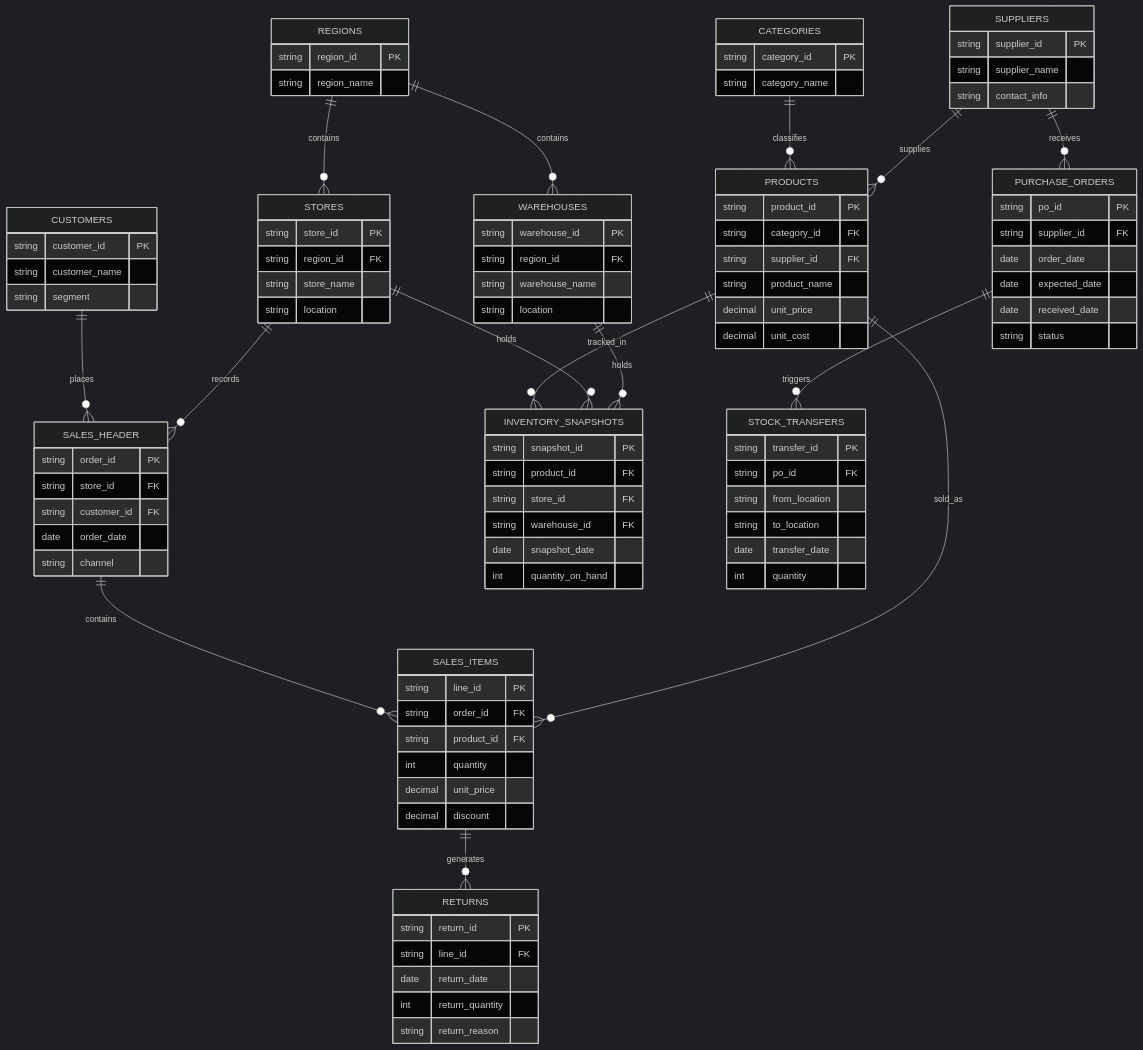
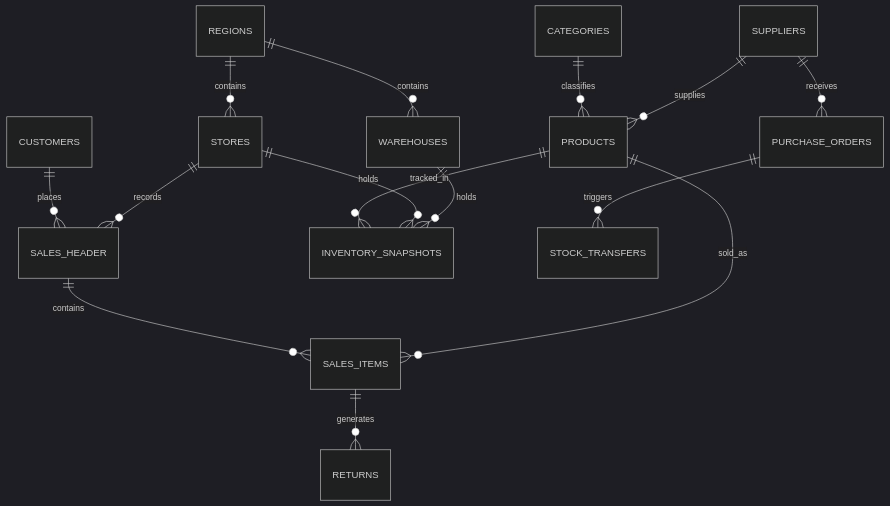
The diagram in README.md (yashodi2000/RetailIQ-Analytics-Engine), drawn with Mermaid (dark theme) before and after one commit. The commit also changed other lines of this file, not shown here.

Commit message:
docs: update README with project overview and ERD diagram

````diff
--- a/README.md
+++ b/README.md
@@ -117,122 +137,17 @@
 ```mermaid
 erDiagram
-
     REGIONS ||--o{ STORES : contains
     REGIONS ||--o{ WAREHOUSES : contains
-
     CATEGORIES ||--o{ PRODUCTS : classifies
     SUPPLIERS ||--o{ PRODUCTS : supplies
-
     CUSTOMERS ||--o{ SALES_HEADER : places
     STORES ||--o{ SALES_HEADER : records
-
     SALES_HEADER ||--o{ SALES_ITEMS : contains
     PRODUCTS ||--o{ SALES_ITEMS : sold_as
-
     SALES_ITEMS ||--o{ RETURNS : generates
-
     PRODUCTS ||--o{ INVENTORY_SNAPSHOTS : tracked_in
     STORES ||--o{ INVENTORY_SNAPSHOTS : holds
     WAREHOUSES ||--o{ INVENTORY_SNAPSHOTS : holds
-
     SUPPLIERS ||--o{ PURCHASE_ORDERS : receives
-
     PURCHASE_ORDERS ||--o{ STOCK_TRANSFERS : triggers
-
-    REGIONS {
-        string region_id PK
-        string region_name
-    }
-
-    STORES {
-        string store_id PK
-        string region_id FK
-        string store_name
-        string location
-    }
-
-    WAREHOUSES {
-        string warehouse_id PK
-        string region_id FK
-        string warehouse_name
-        string location
-    }
-
-    CATEGORIES {
-        string category_id PK
-        string category_name
-    }
-
-    SUPPLIERS {
-        string supplier_id PK
-        string supplier_name
-        string contact_info
-    }
-
-    PRODUCTS {
-        string product_id PK
-        string category_id FK
-        string supplier_id FK
-        string product_name
-        decimal unit_price
-        decimal unit_cost
-    }
-
-    CUSTOMERS {
-        string customer_id PK
-        string customer_name
-        string segment
-    }
-
-    SALES_HEADER {
-        string order_id PK
-        string store_id FK
-        string customer_id FK
-        date order_date
-        string channel
-    }
-
-    SALES_ITEMS {
-        string line_id PK
-        string order_id FK
-        string product_id FK
-        int quantity
-        decimal unit_price
-        decimal discount
-    }
-
-    RETURNS {
-        string return_id PK
-        string line_id FK
-        date return_date
-        int return_quantity
-        string return_reason
-    }
-
-    INVENTORY_SNAPSHOTS {
-        string snapshot_id PK
-        string product_id FK
-        string store_id FK
-        string warehouse_id FK
-        date snapshot_date
-        int quantity_on_hand
-    }
-
-    PURCHASE_ORDERS {
-        string po_id PK
-        string supplier_id FK
-        date order_date
-        date expected_date
-        date received_date
-        string status
-    }
-
-    STOCK_TRANSFERS {
-        string transfer_id PK
-        string po_id FK
-        string from_location
-        string to_location
-        date transfer_date
-        int quantity
-    }
 ```
````
